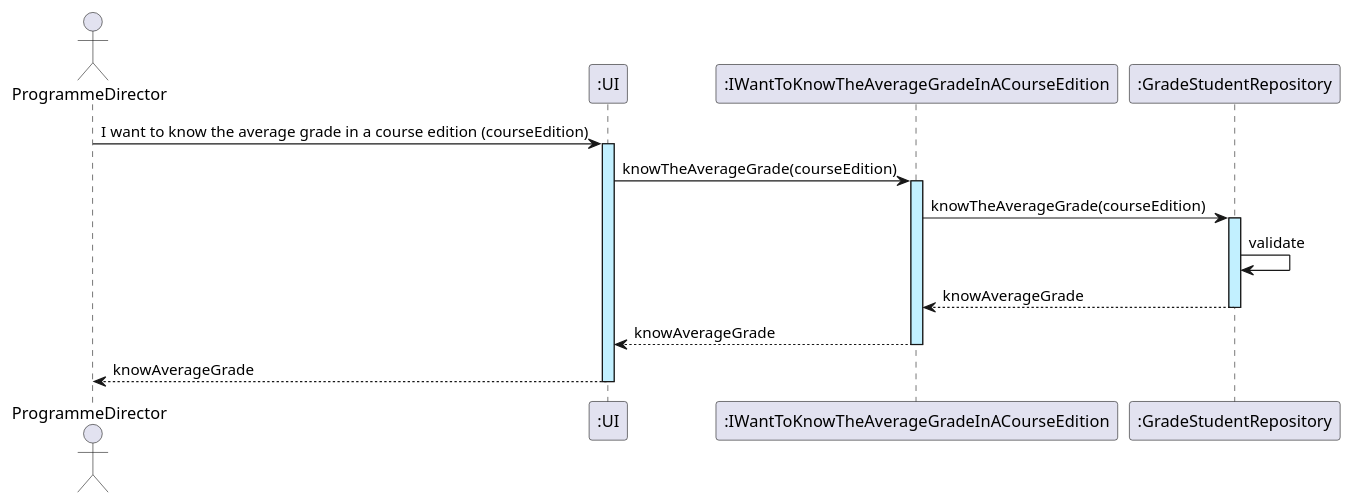
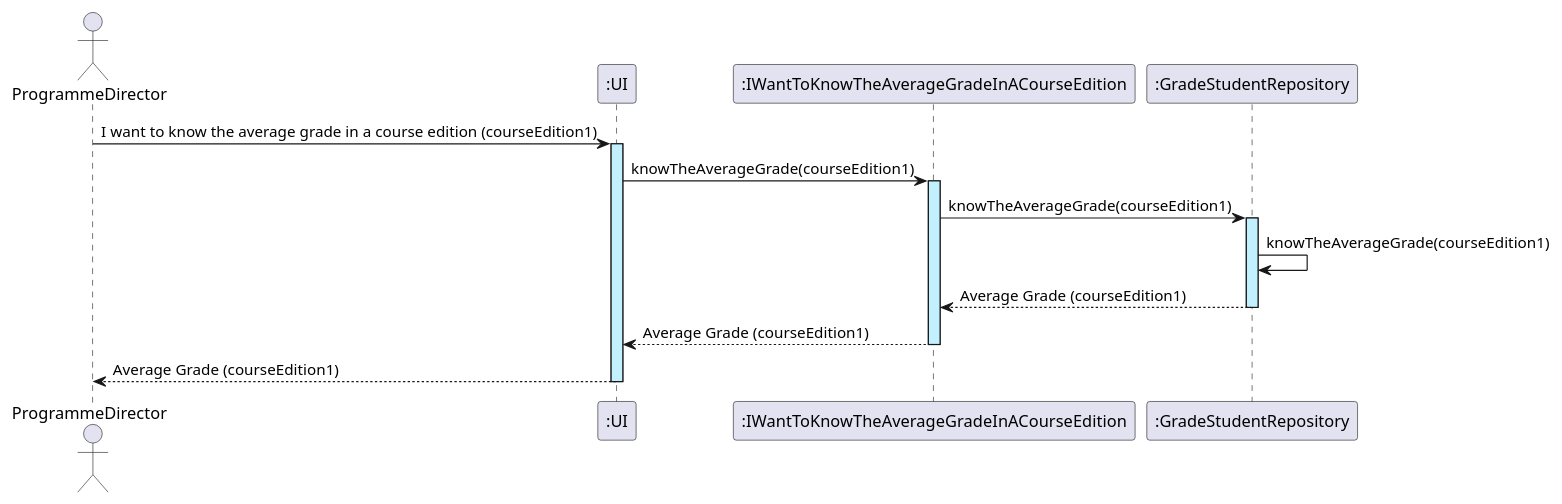
The diagram in docs/sequenceDiagrams/US25/US25_knowTheAverageGradeInACourseEdition.puml (GasparISEP/DevOps-PAI), drawn with PlantUML before and after one commit.

Commit message:
Some changes on SD_US25

```diff
--- a/docs/sequenceDiagrams/US25/US25_knowTheAverageGradeInACourseEdition.puml
+++ b/docs/sequenceDiagrams/US25/US25_knowTheAverageGradeInACourseEdition.puml
@@ -1,17 +1,17 @@
 @startuml
 actor ProgrammeDirector
 participant ":UI" as UI
 participant ":IWantToKnowTheAverageGradeInACourseEdition" as KA
 participant ":GradeStudentRepository" as GR
 
 
-ProgrammeDirector -> UI ++ #application : I want to know the average grade in a course edition (courseEdition)
-UI -> KA ++ #application : knowTheAverageGrade(courseEdition)
-KA -> GR ++ #application : knowTheAverageGrade(courseEdition)
-GR -> GR :validate
+ProgrammeDirector -> UI ++ #application : I want to know the average grade in a course edition (courseEdition1)
+UI -> KA ++ #application : knowTheAverageGrade(courseEdition1)
+KA -> GR ++ #application : knowTheAverageGrade(courseEdition1)
+GR -> GR :knowTheAverageGrade(courseEdition1)
 
-GR --> KA --: knowAverageGrade
-KA --> UI --: knowAverageGrade
-UI --> ProgrammeDirector --: knowAverageGrade
+GR --> KA --: Average Grade (courseEdition1)
+KA --> UI --: Average Grade (courseEdition1)
+UI --> ProgrammeDirector --: Average Grade (courseEdition1)
 
 @enduml
```
